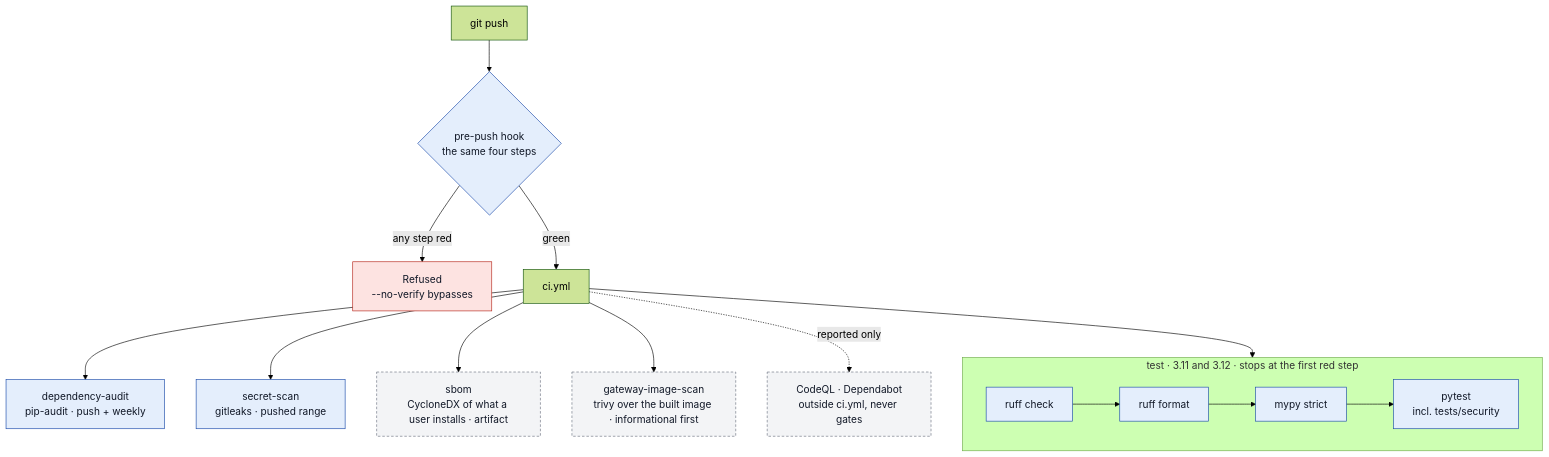
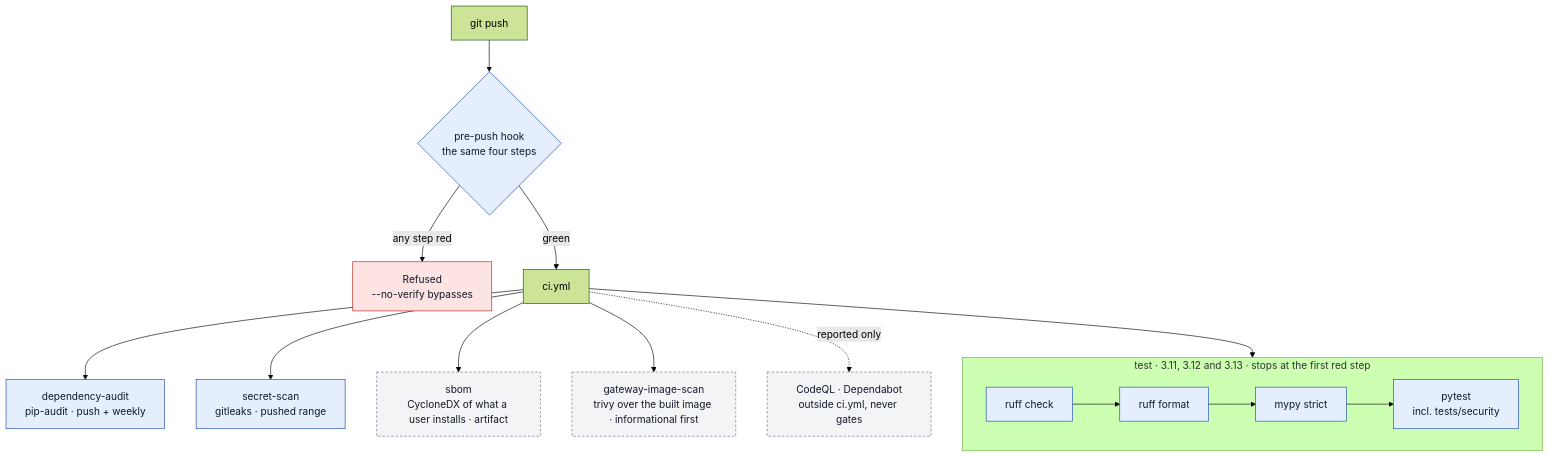
The fifth of 5 diagrams in docs/security-architecture.md (stephus182/ibkr_core_mcp), drawn with Mermaid (forest theme) before and after one commit. The commit also changed other lines of this file and 4 other files, not shown here.

````diff
--- a/docs/security-architecture.md
+++ b/docs/security-architecture.md
@@ -605,33 +609,33 @@
 ```mermaid
 flowchart TB
     classDef gate fill:#e4eefc,stroke:#1849a9,color:#111827
     classDef stop fill:#fde3e1,stroke:#b42318,color:#111827
     classDef soft fill:#f3f4f6,stroke:#6b7280,color:#111827,stroke-dasharray:4 3
 
     DEV["git push"] --> HOOK{"pre-push hook<br/>the same four steps"}
     HOOK -->|"any step red"| STOP["Refused<br/>--no-verify bypasses"]
     HOOK -->|"green"| CI["ci.yml"]
 
-    subgraph TESTJOB["test · 3.11 and 3.12 · stops at the first red step"]
+    subgraph TESTJOB["test · 3.11, 3.12 and 3.13 · stops at the first red step"]
         direction LR
         A1["ruff check"] --> A2["ruff format"] --> A3["mypy strict"] --> A4["pytest<br/>incl. tests/security"]
     end
 
     DA["dependency-audit<br/>pip-audit · push + weekly"]
     SS["secret-scan<br/>gitleaks · pushed range"]
     SB["sbom<br/>CycloneDX of what a user installs · artifact"]
     GS["gateway-image-scan<br/>trivy over the built image · informational first"]
 
     CI --> A1
     CI --> DA
     CI --> SS
     CI --> SB
     CI --> GS
 
     OUT["CodeQL · Dependabot<br/>outside ci.yml, never gates"]
     CI -. "reported only" .-> OUT
 
     class HOOK,A1,A2,A3,A4,DA,SS gate
     class STOP stop
     class OUT,SB,GS soft
 ```
````
